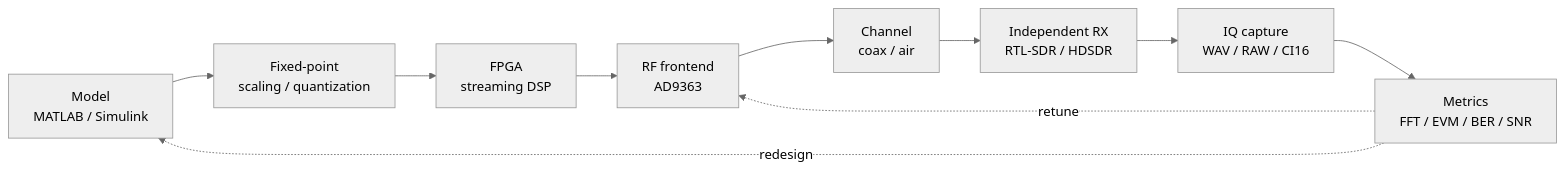
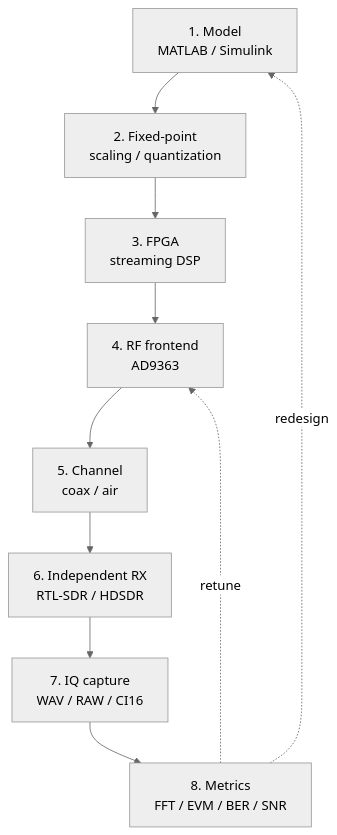
Before and after one commit to Lay007/zynq-sdr-course: the diagram in docs/index.md, drawn with Mermaid (neutral theme).

Commit message:
Make core engineering route vertical

````diff
--- a/docs/index.md
+++ b/docs/index.md
@@ -31,15 +31,15 @@
 ```mermaid
-flowchart LR
-    MODEL["Model<br/>MATLAB / Simulink"]
-    FIXED["Fixed-point<br/>scaling / quantization"]
-    FPGA["FPGA<br/>streaming DSP"]
-    RF["RF frontend<br/>AD9363"]
-    CHANNEL["Channel<br/>coax / air"]
-    RX["Independent RX<br/>RTL-SDR / HDSDR"]
-    IQ["IQ capture<br/>WAV / RAW / CI16"]
-    METRICS["Metrics<br/>FFT / EVM / BER / SNR"]
+flowchart TB
+    MODEL["1. Model<br/>MATLAB / Simulink"]
+    FIXED["2. Fixed-point<br/>scaling / quantization"]
+    FPGA["3. FPGA<br/>streaming DSP"]
+    RF["4. RF frontend<br/>AD9363"]
+    CHANNEL["5. Channel<br/>coax / air"]
+    RX["6. Independent RX<br/>RTL-SDR / HDSDR"]
+    IQ["7. IQ capture<br/>WAV / RAW / CI16"]
+    METRICS["8. Metrics<br/>FFT / EVM / BER / SNR"]
 
     MODEL --> FIXED --> FPGA --> RF --> CHANNEL --> RX --> IQ --> METRICS
     METRICS -. redesign .-> MODEL
     METRICS -. retune .-> RF
 ```
````
